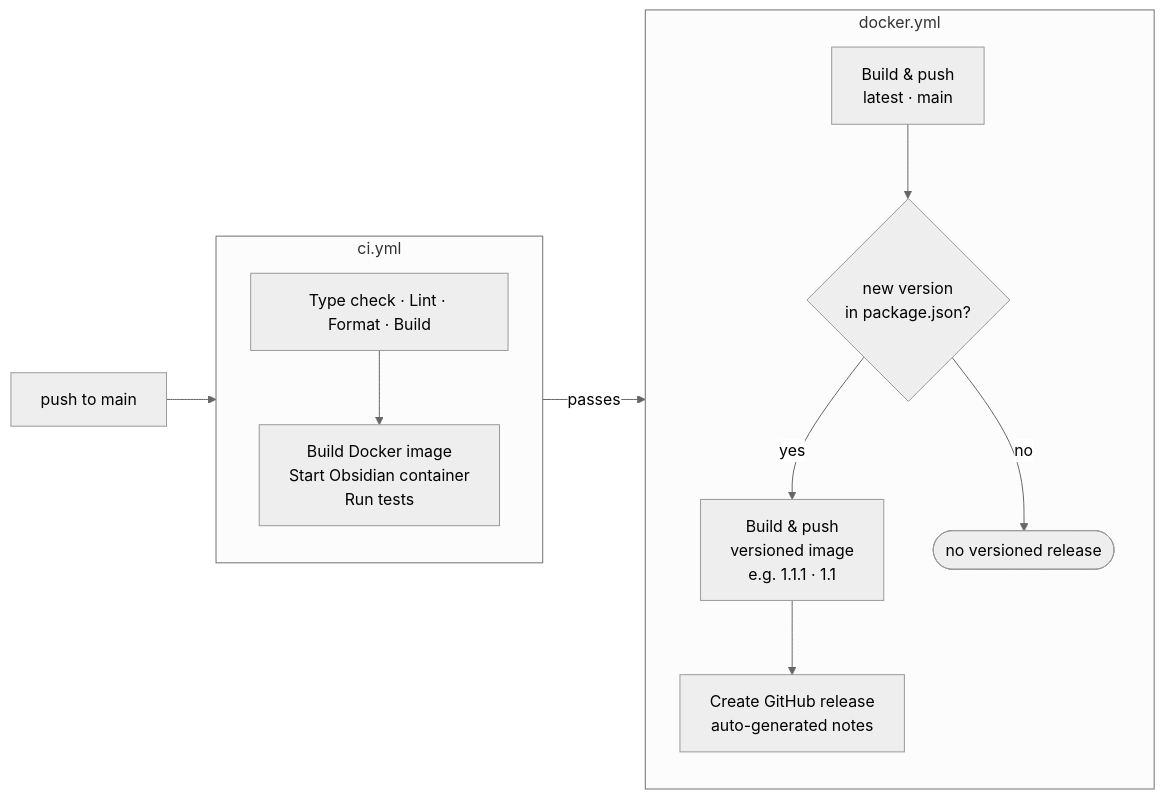
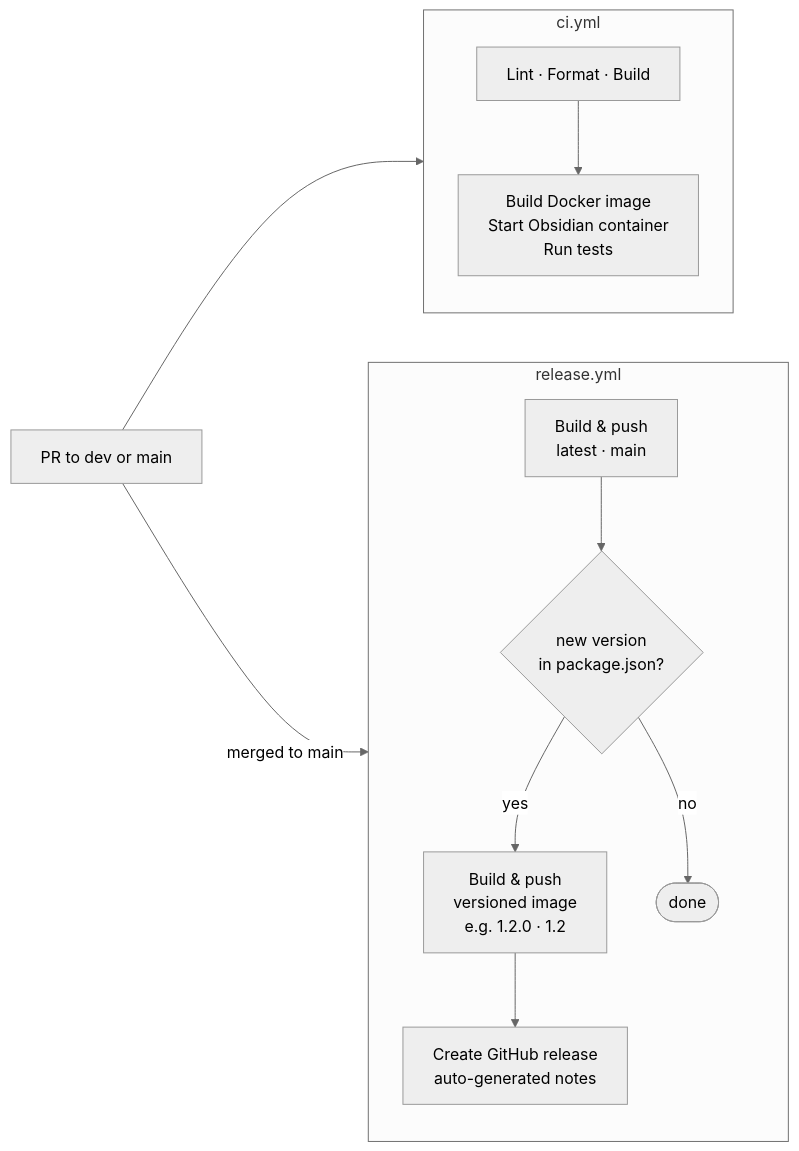
The second of 2 diagrams in CONTRIBUTING.md (dylansumser/obsidian-autom8), drawn with Mermaid (neutral theme) before and after one commit. The commit also changed other lines of this file and 3 other files, not shown here.

First line of the commit message:
docs: split architecture and roadmap into dedicated docs (#2)

````diff
--- a/CONTRIBUTING.md
+++ b/CONTRIBUTING.md
@@ -166,22 +134,22 @@
 ```mermaid
 flowchart LR
-    PUSH[push to main] --> CI
+    PR[PR to dev or main] --> CI
 
     subgraph CI [ci.yml]
-        CHECK[Type check · Lint · Format · Build]
+        CHECK[Lint · Format · Build]
         TEST[Build Docker image\nStart Obsidian container\nRun tests]
         CHECK --> TEST
     end
 
-    subgraph Docker [docker.yml]
+    subgraph Release [release.yml]
         BLDPUSH[Build & push\nlatest · main]
         VERSION{new version\nin package.json?}
-        BLDPUSH_V[Build & push\nversioned image\ne.g. 1.1.1 · 1.1]
-        RELEASE[Create GitHub release\nauto-generated notes]
+        BLDPUSH_V[Build & push\nversioned image\ne.g. 1.2.0 · 1.2]
+        GHR[Create GitHub release\nauto-generated notes]
         BLDPUSH --> VERSION
-        VERSION -->|yes| BLDPUSH_V --> RELEASE
-        VERSION -->|no| DONE([no versioned release])
+        VERSION -->|yes| BLDPUSH_V --> GHR
+        VERSION -->|no| DONE([done])
     end
 
-    CI -->|passes| Docker
+    PR -->|merged to main| Release
 ```
````
